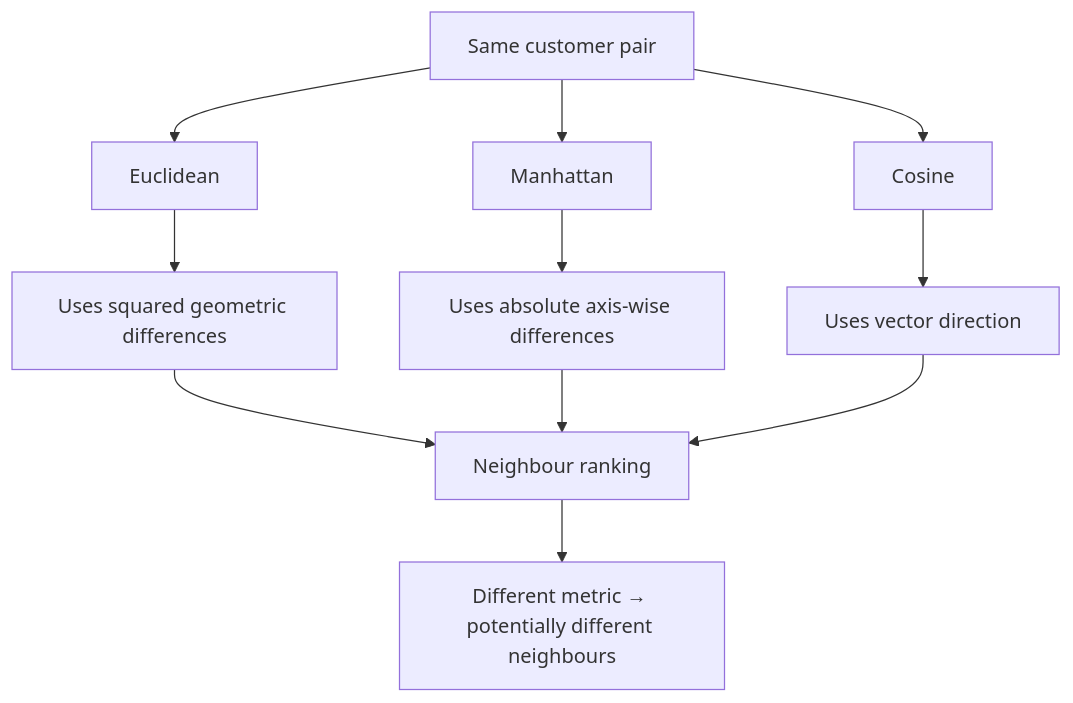
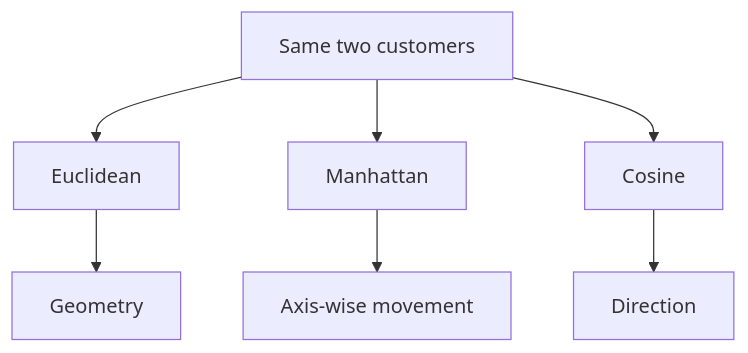
Before and after one commit to hiteshjangid-dev/INT396: the third of 4 diagrams in Practical-01-EDA-Similarity-Measures/README.md, drawn with Mermaid. The commit also changed other lines of this file, not shown here.

````diff
--- a/Practical-01-EDA-Similarity-Measures/README.md
+++ b/Practical-01-EDA-Similarity-Measures/README.md
@@ -1103,16 +539,9 @@
 ```mermaid
-flowchart TD
-    A["Same customer pair"] --> B["Euclidean"]
+flowchart TB
+    A["Same two customers"] --> B["Euclidean"]
     A --> C["Manhattan"]
     A --> D["Cosine"]
-
-    B --> E["Uses squared geometric differences"]
-    C --> F["Uses absolute axis-wise differences"]
-    D --> G["Uses vector direction"]
-
-    E --> H["Neighbour ranking"]
-    F --> H
-    G --> H
-
-    H --> I["Different metric → potentially different neighbours"]
+    B --> E["Geometry"]
+    C --> F["Axis-wise movement"]
+    D --> G["Direction"]
 ```
````
